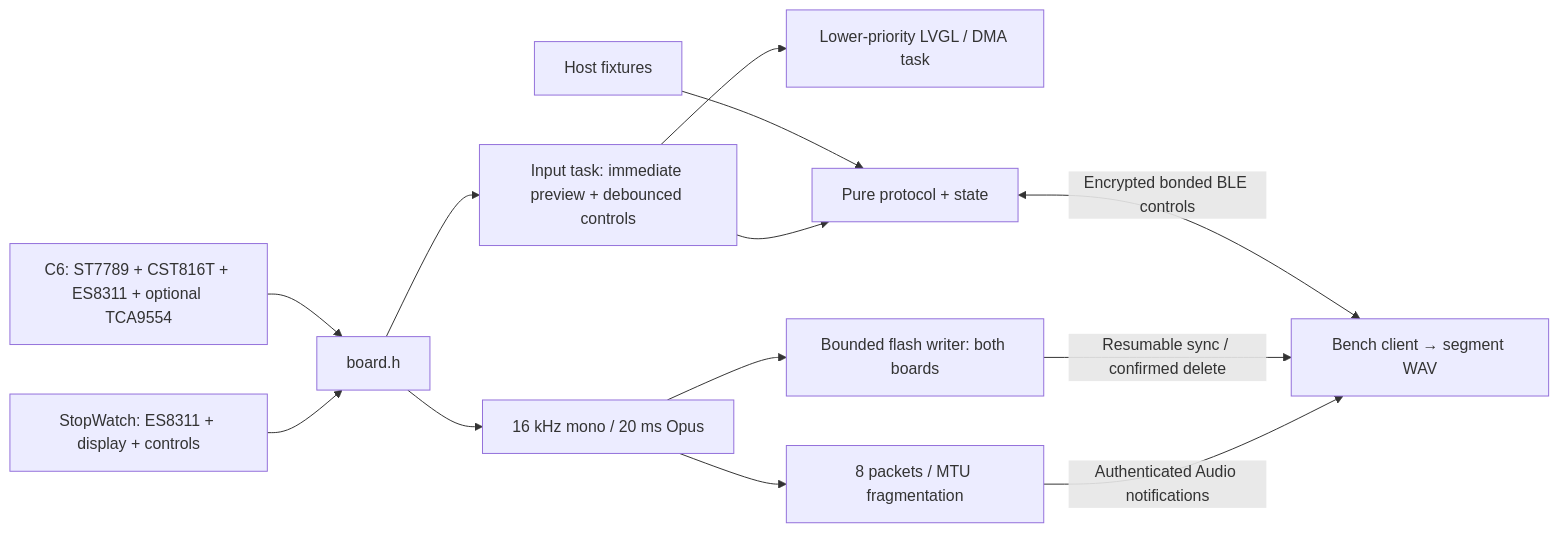
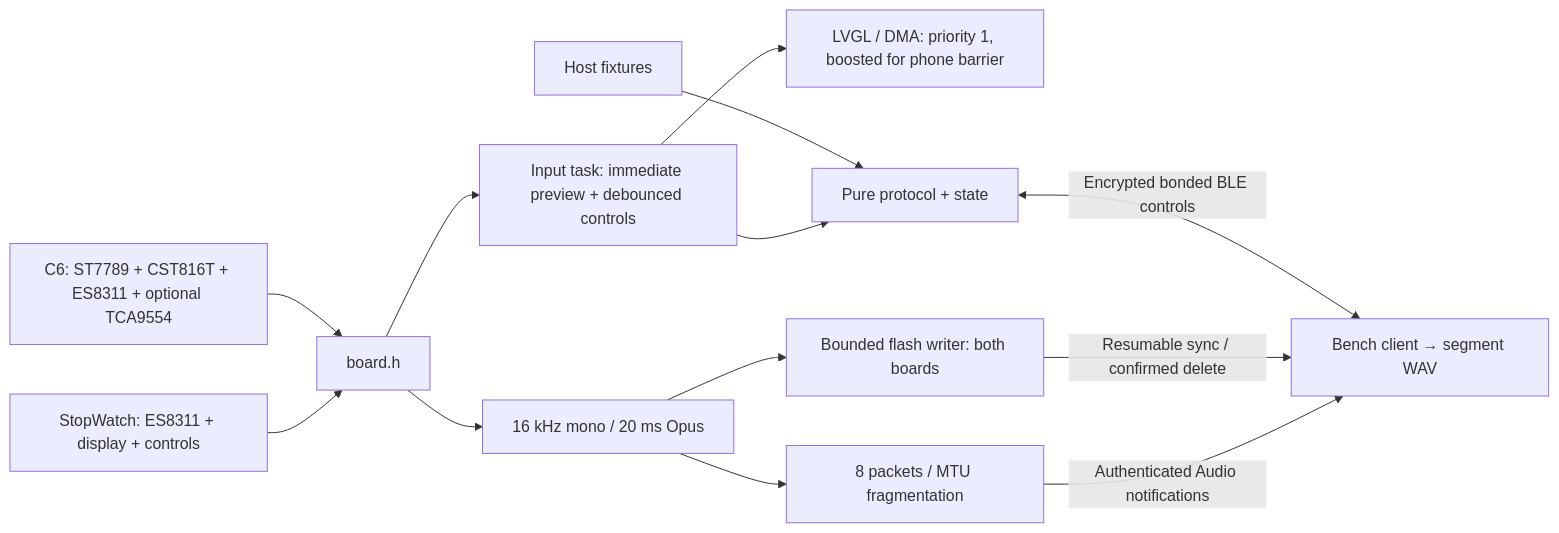
The diagram in FW/README.md (Harwasch/voiceremote), drawn with Mermaid before and after one commit. The commit also changed other lines of this file and 28 other files, not shown here.

````diff
--- a/FW/README.md
+++ b/FW/README.md
@@ -3,15 +3,15 @@
 ```mermaid
 flowchart LR
     M5[StopWatch: ES8311 + display + controls] --> Board[board.h]
     C6[C6: ST7789 + CST816T + ES8311 + optional TCA9554] --> Board
     Board --> UI[Input task: immediate preview + debounced controls]
-    UI --> Render[Lower-priority LVGL / DMA task]
+    UI --> Render[LVGL / DMA: priority 1, boosted for phone barrier]
     UI --> State[Pure protocol + state]
     Board --> Encoder[16 kHz mono / 20 ms Opus]
     Encoder --> Queue[8 packets / MTU fragmentation]
     Queue -->|Authenticated Audio notifications| Phone[Bench client → segment WAV]
     Encoder --> Local[Bounded flash writer: both boards]
     Local -->|Resumable sync / confirmed delete| Phone
     State <-->|Encrypted bonded BLE controls| Phone
     Tests[Host fixtures] --> State
 ```
````
